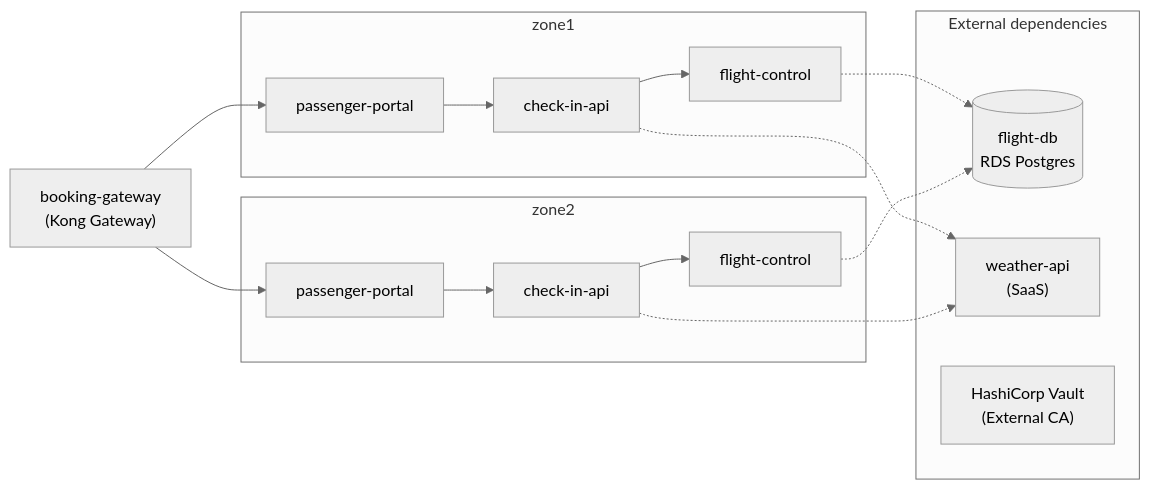
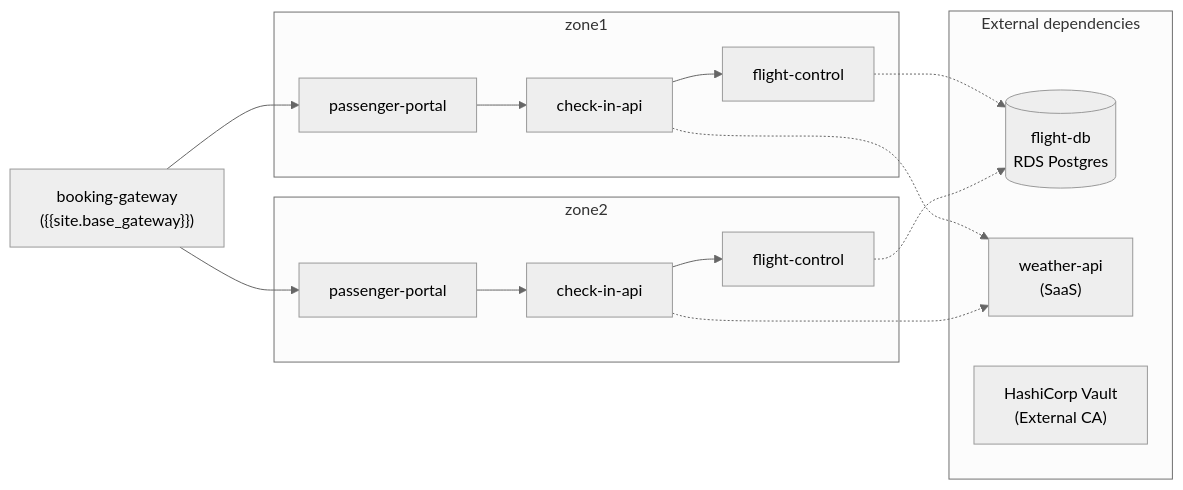
One commit to Kong/developer.konghq.com changed the diagram in app/mesh/scenarios/introduction.md. Above: the diagram before and after it, drawn with Mermaid (neutral theme). The commit also changed 8 other files, not shown here.

```diff
--- a/app/mesh/scenarios/introduction.md
+++ b/app/mesh/scenarios/introduction.md
@@ -25,29 +25,29 @@
 {% mermaid %}
 graph LR
-  BG["booking-gateway<br/>(Kong Gateway)"]
+  BG["booking-gateway<br/>({{site.base_gateway}})"]
   subgraph ZE["zone1"]
     PP_E["passenger-portal"]
     CI_E["check-in-api"]
     FC_E["flight-control"]
   end
   subgraph ZW["zone2"]
     PP_W["passenger-portal"]
     CI_W["check-in-api"]
     FC_W["flight-control"]
   end
   subgraph EXT["External dependencies"]
     DB[("flight-db<br/>RDS Postgres")]
     WX["weather-api<br/>(SaaS)"]
     VAULT["HashiCorp Vault<br/>(External CA)"]
   end
   BG --> PP_E
   BG --> PP_W
   PP_E --> CI_E
   PP_W --> CI_W
   CI_E --> FC_E
   CI_W --> FC_W
   CI_E -.-> WX
   CI_W -.-> WX
   FC_E -.-> DB
   FC_W -.-> DB
 {% endmermaid %}
```
